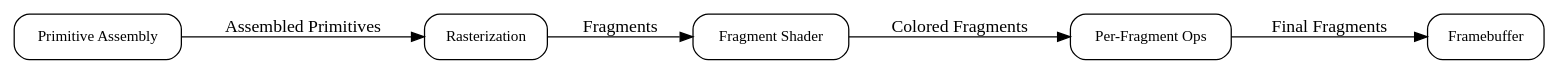
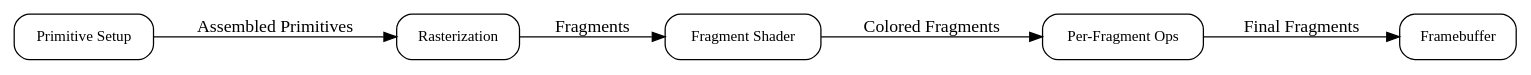
The diagram in Fig/gpu/imr-rendering-pipeline-2.gv (Jonathan2251/lbd), drawn with Graphviz before and after one commit. The commit also changed 23 other files, not shown here.

```diff
--- a/Fig/gpu/imr-rendering-pipeline-2.gv
+++ b/Fig/gpu/imr-rendering-pipeline-2.gv
@@ -1,15 +1,15 @@
 digraph OpenGL_Pipeline_Part2 {
     rankdir=LR;
     node [shape=box, style=rounded, fontsize=12];
 
-    PA      [label="Primitive Assembly"];
+    PS      [label="Primitive Setup"];
     Raster  [label="Rasterization"];
     FS      [label="Fragment Shader"];
     PF      [label="Per-Fragment Ops"];
     FB      [label="Framebuffer"];
 
-    PA     -> Raster  [label="Assembled Primitives"];
+    PS     -> Raster  [label="Assembled Primitives"];
     Raster -> FS      [label="Fragments"];
     FS     -> PF      [label="Colored Fragments"];
     PF     -> FB      [label="Final Fragments"];
 }
```
